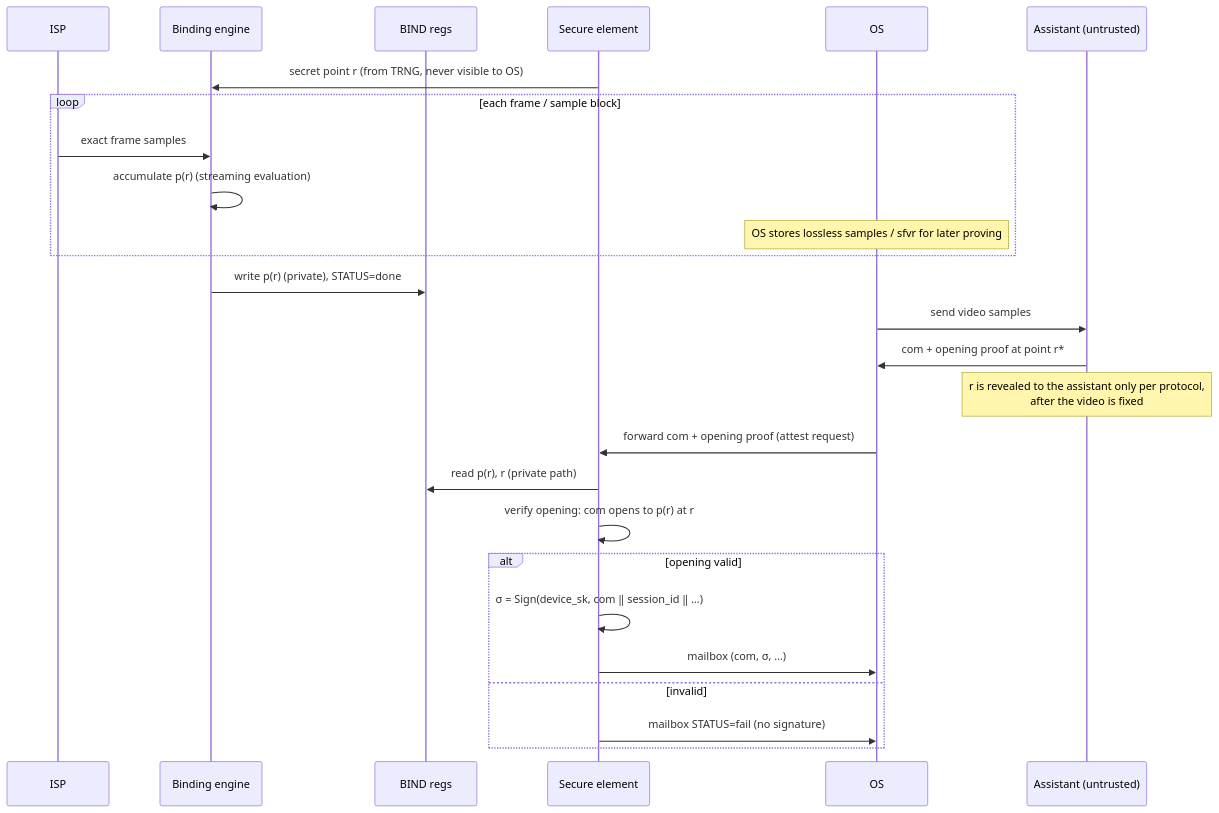
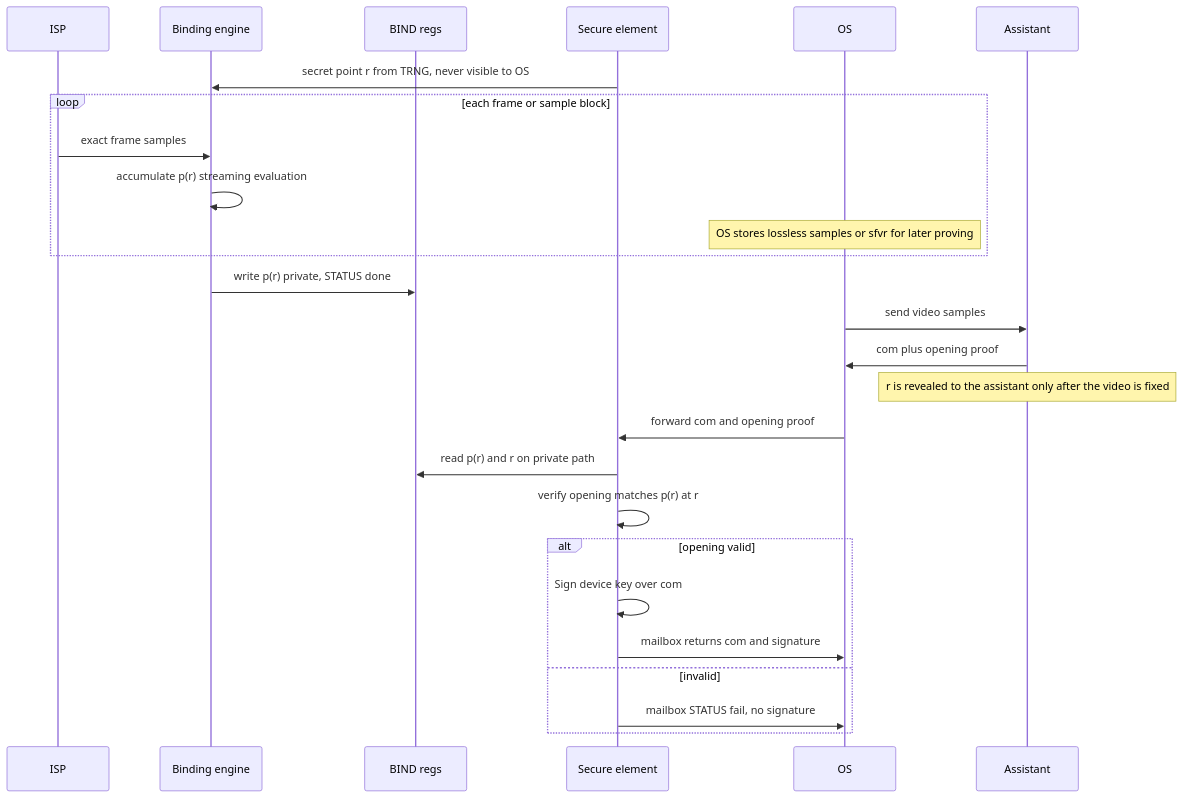
Before and after one commit to fightfake-ai/fightfake-toolkit: the third of 4 diagrams in docs/hardware-partner-requirements-for-proving.md, drawn with Mermaid. The commit also changed other lines of this file, not shown here.

First line of the commit message:
Fix Mermaid diagrams for GitHub rendering.

````diff
--- a/docs/hardware-partner-requirements-for-proving.md
+++ b/docs/hardware-partner-requirements-for-proving.md
@@ -195,31 +195,31 @@
 ```mermaid
 sequenceDiagram
     participant ISP
     participant Bind as Binding engine
     participant Regs as BIND regs
     participant SE as Secure element
     participant OS
-    participant Asst as Assistant (untrusted)
+    participant Asst as Assistant
 
-    SE->>Bind: secret point r (from TRNG, never visible to OS)
+    SE->>Bind: secret point r from TRNG, never visible to OS
 
-    loop each frame / sample block
+    loop each frame or sample block
         ISP->>Bind: exact frame samples
-        Bind->>Bind: accumulate p(r) (streaming evaluation)
-        Note over OS: OS stores lossless samples / sfvr for later proving
+        Bind->>Bind: accumulate p(r) streaming evaluation
+        Note over OS: OS stores lossless samples or sfvr for later proving
     end
 
-    Bind->>Regs: write p(r) (private), STATUS=done
+    Bind->>Regs: write p(r) private, STATUS done
     OS->>Asst: send video samples
-    Asst->>OS: com + opening proof at point r*
-    Note over Asst: r is revealed to the assistant only per protocol,<br/>after the video is fixed
-    OS->>SE: forward com + opening proof (attest request)
-    SE->>Regs: read p(r), r (private path)
-    SE->>SE: verify opening: com opens to p(r) at r
+    Asst->>OS: com plus opening proof
+    Note over Asst: r is revealed to the assistant only after the video is fixed
+    OS->>SE: forward com and opening proof
+    SE->>Regs: read p(r) and r on private path
+    SE->>SE: verify opening matches p(r) at r
     alt opening valid
-        SE->>SE: σ = Sign(device_sk, com ‖ session_id ‖ …)
-        SE->>OS: mailbox (com, σ, …)
+        SE->>SE: Sign device key over com
+        SE->>OS: mailbox returns com and signature
     else invalid
-        SE->>OS: mailbox STATUS=fail (no signature)
+        SE->>OS: mailbox STATUS fail, no signature
     end
 ```
````
